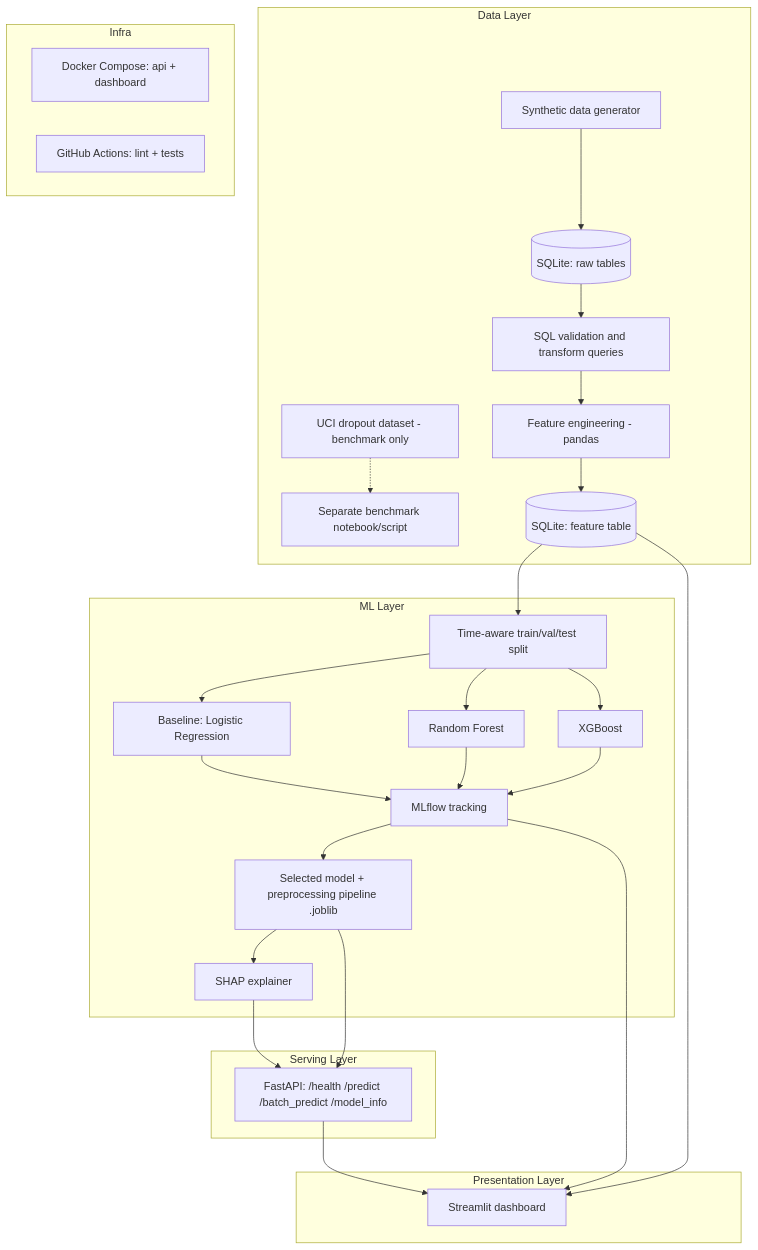
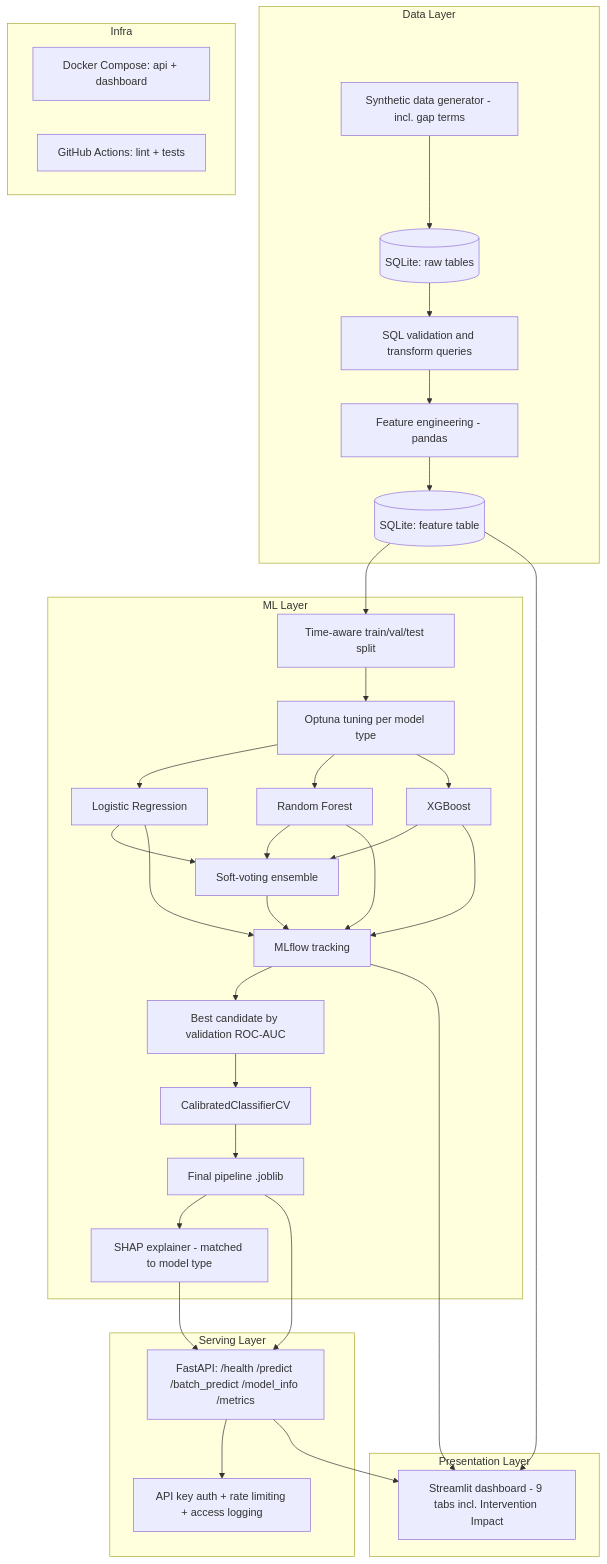
Before and after one commit to riyap3111/student-journey-intelligence-engine: the diagram in docs/architecture.md, drawn with Mermaid. The commit also changed other lines of this file and 31 other files, not shown here.

First line of the commit message:
Phase 8: gap-term simulation, calibration fix, tuning + ensembling, API hardening, intervention analysis

````diff
--- a/docs/architecture.md
+++ b/docs/architecture.md
@@ -3,38 +3,45 @@
 ```mermaid
 flowchart TB
     subgraph DataLayer["Data Layer"]
-        A[Synthetic data generator] --> B[(SQLite: raw tables)]
-        Z[UCI dropout dataset - benchmark only] -.-> Y[Separate benchmark notebook/script]
+        A[Synthetic data generator - incl. gap terms] --> B[(SQLite: raw tables)]
         B --> C[SQL validation and transform queries]
         C --> D[Feature engineering - pandas]
         D --> E[(SQLite: feature table)]
     end
 
     subgraph MLLayer["ML Layer"]
         E --> F[Time-aware train/val/test split]
-        F --> G[Baseline: Logistic Regression]
-        F --> H[Random Forest]
-        F --> I[XGBoost]
+        F --> F2[Optuna tuning per model type]
+        F2 --> G[Logistic Regression]
+        F2 --> H[Random Forest]
+        F2 --> I[XGBoost]
+        G --> G2[Soft-voting ensemble]
+        H --> G2
+        I --> G2
         G --> J[MLflow tracking]
         H --> J
         I --> J
-        J --> K[Selected model + preprocessing pipeline .joblib]
-        K --> L[SHAP explainer]
+        G2 --> J
+        J --> K2[Best candidate by validation ROC-AUC]
+        K2 --> K3[CalibratedClassifierCV]
+        K3 --> K[Final pipeline .joblib]
+        K --> L[SHAP explainer - matched to model type]
     end
 
     subgraph ServingLayer["Serving Layer"]
-        K --> M["FastAPI: /health /predict /batch_predict /model_info"]
+        K --> M["FastAPI: /health /predict /batch_predict /model_info /metrics"]
         L --> M
+        M --> M2[API key auth + rate limiting + access logging]
     end
 
     subgraph PresentationLayer["Presentation Layer"]
-        M --> N[Streamlit dashboard]
+        M --> N[Streamlit dashboard - 9 tabs incl. Intervention Impact]
         E --> N
         J --> N
     end
 
     subgraph Infra["Infra"]
         O[Docker Compose: api + dashboard]
         P[GitHub Actions: lint + tests]
     end
 ```
````
